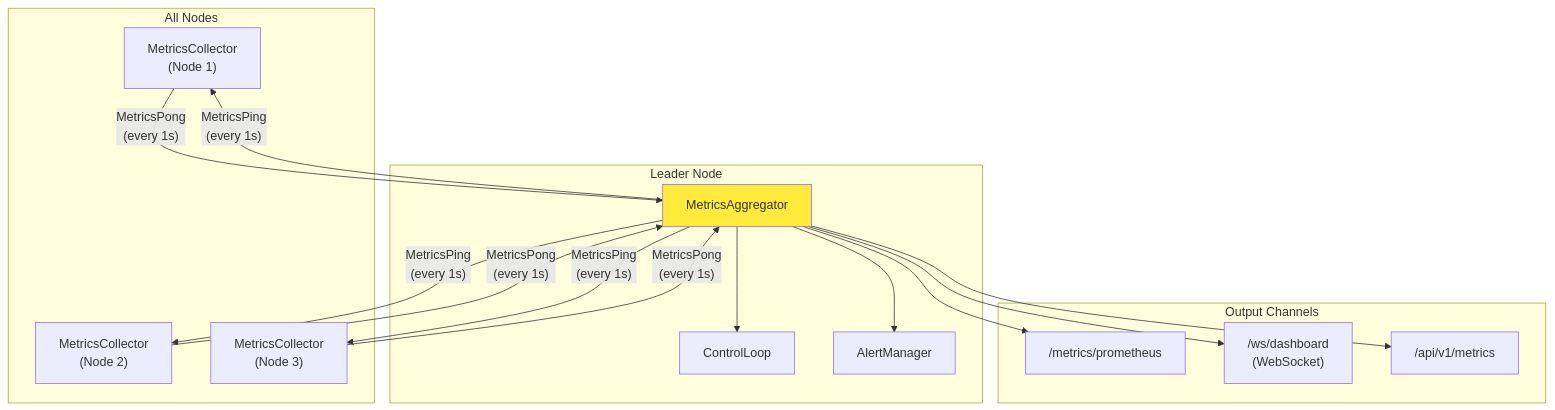
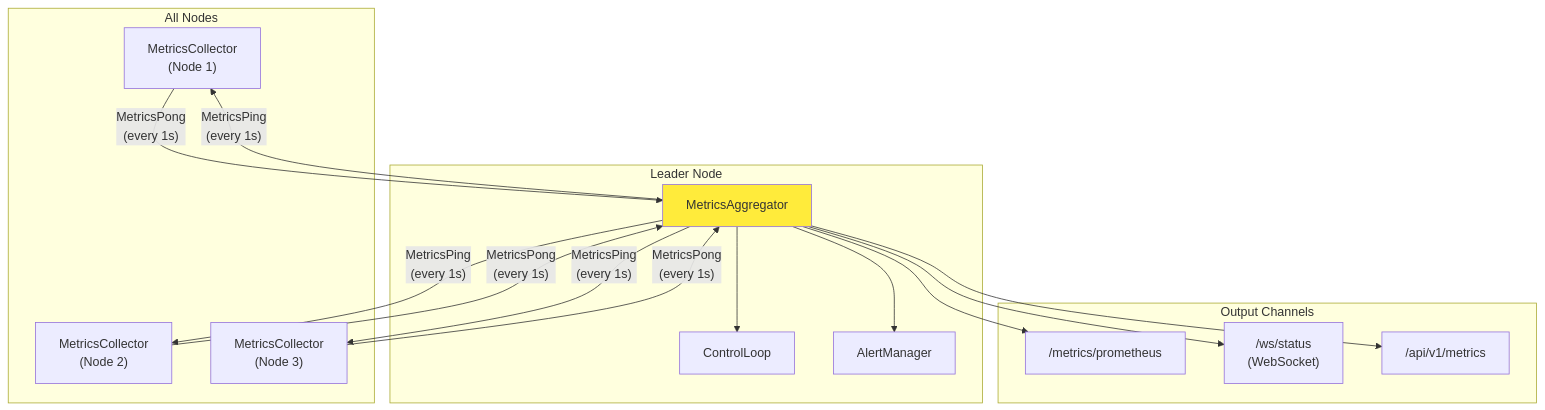
One commit to pragmaticalabs/pragmatica changed the first of 4 diagrams in aether/docs/architecture/07-observability.md. Above: the diagram before and after it, drawn with Mermaid. The commit also changed other lines of this file and 141 other files, not shown here.

````diff
--- a/aether/docs/architecture/07-observability.md
+++ b/aether/docs/architecture/07-observability.md
@@ -9,36 +9,36 @@
 ```mermaid
 graph TB
     subgraph Nodes["All Nodes"]
         MC1["MetricsCollector<br/>(Node 1)"]
         MC2["MetricsCollector<br/>(Node 2)"]
         MC3["MetricsCollector<br/>(Node 3)"]
     end
 
     subgraph Leader["Leader Node"]
         MAG["MetricsAggregator"]
         CL["ControlLoop"]
         AM["AlertManager"]
     end
 
     subgraph Outputs["Output Channels"]
         Prom["/metrics/prometheus"]
-        WS["/ws/dashboard<br/>(WebSocket)"]
+        WS["/ws/status<br/>(WebSocket)"]
         REST["/api/v1/metrics"]
     end
 
     MC1 -->|"MetricsPong<br/>(every 1s)"| MAG
     MC2 -->|"MetricsPong<br/>(every 1s)"| MAG
     MC3 -->|"MetricsPong<br/>(every 1s)"| MAG
 
     MAG -->|"MetricsPing<br/>(every 1s)"| MC1
     MAG -->|"MetricsPing<br/>(every 1s)"| MC2
     MAG -->|"MetricsPing<br/>(every 1s)"| MC3
 
     MAG --> CL
     MAG --> AM
     MAG --> Prom
     MAG --> WS
     MAG --> REST
 
     style MAG fill:#ffeb3b
 ```
````
